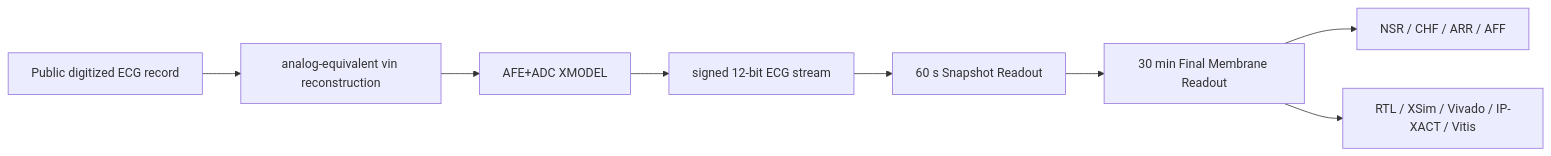
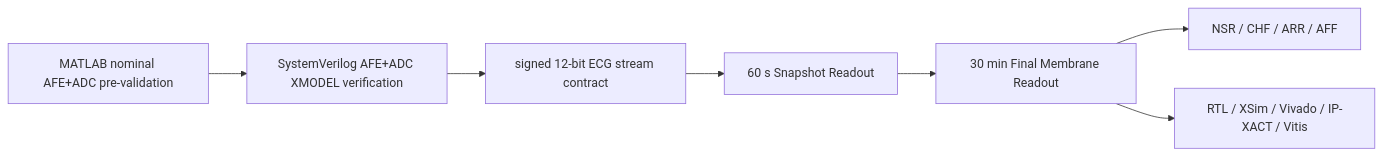
Before and after one commit to Sheep-gun/ECG-SoC-Integrated: the diagram in FINAL_REPORT_KR.md, drawn with Mermaid. The commit also changed other lines of this file and 6 other files, not shown here.

````diff
--- a/FINAL_REPORT_KR.md
+++ b/FINAL_REPORT_KR.md
@@ -25,10 +28,9 @@
 ```mermaid
 flowchart LR
-    A["Public digitized ECG record"] --> B["analog-equivalent vin reconstruction"]
-    B --> C["AFE+ADC XMODEL"]
-    C --> D["signed 12-bit ECG stream"]
-    D --> E["60 s Snapshot Readout"]
-    E --> F["30 min Final Membrane Readout"]
-    F --> G["NSR / CHF / ARR / AFF"]
-    F --> H["RTL / XSim / Vivado / IP-XACT / Vitis"]
+    A["MATLAB nominal AFE+ADC pre-validation"] --> B["SystemVerilog AFE+ADC XMODEL verification"]
+    B --> C["signed 12-bit ECG stream contract"]
+    C --> D["60 s Snapshot Readout"]
+    D --> E["30 min Final Membrane Readout"]
+    E --> F["NSR / CHF / ARR / AFF"]
+    E --> G["RTL / XSim / Vivado / IP-XACT / Vitis"]
 ```
````
